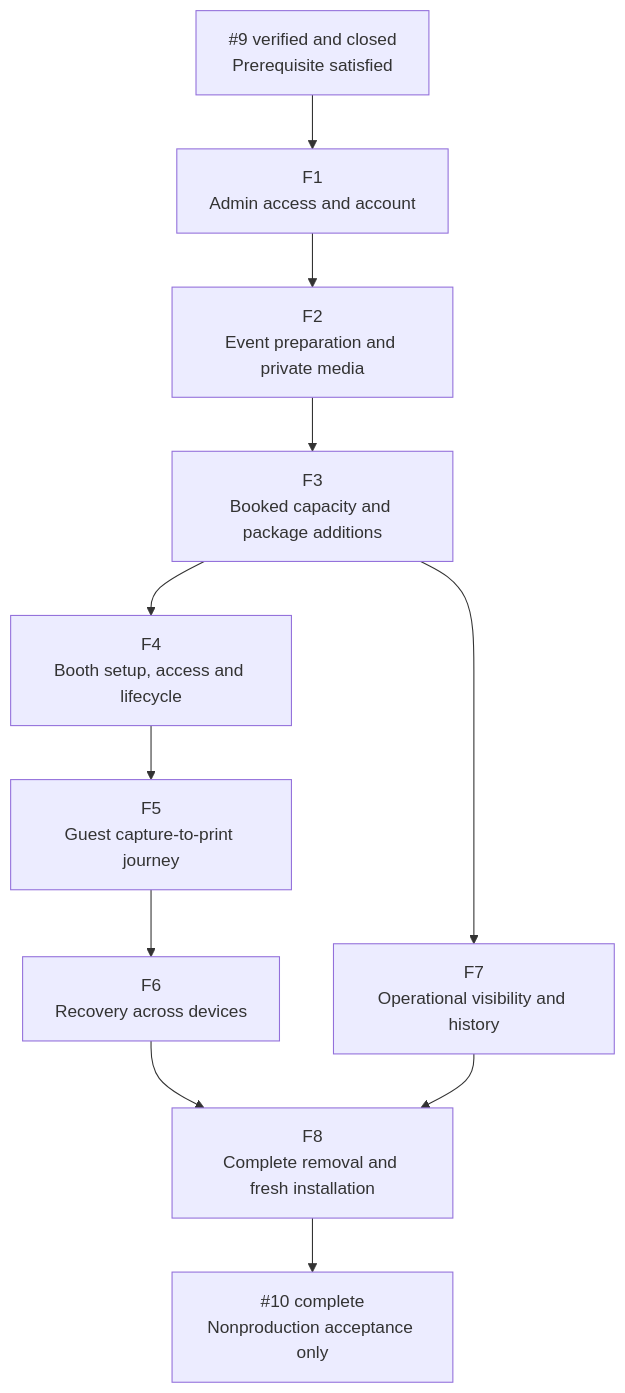
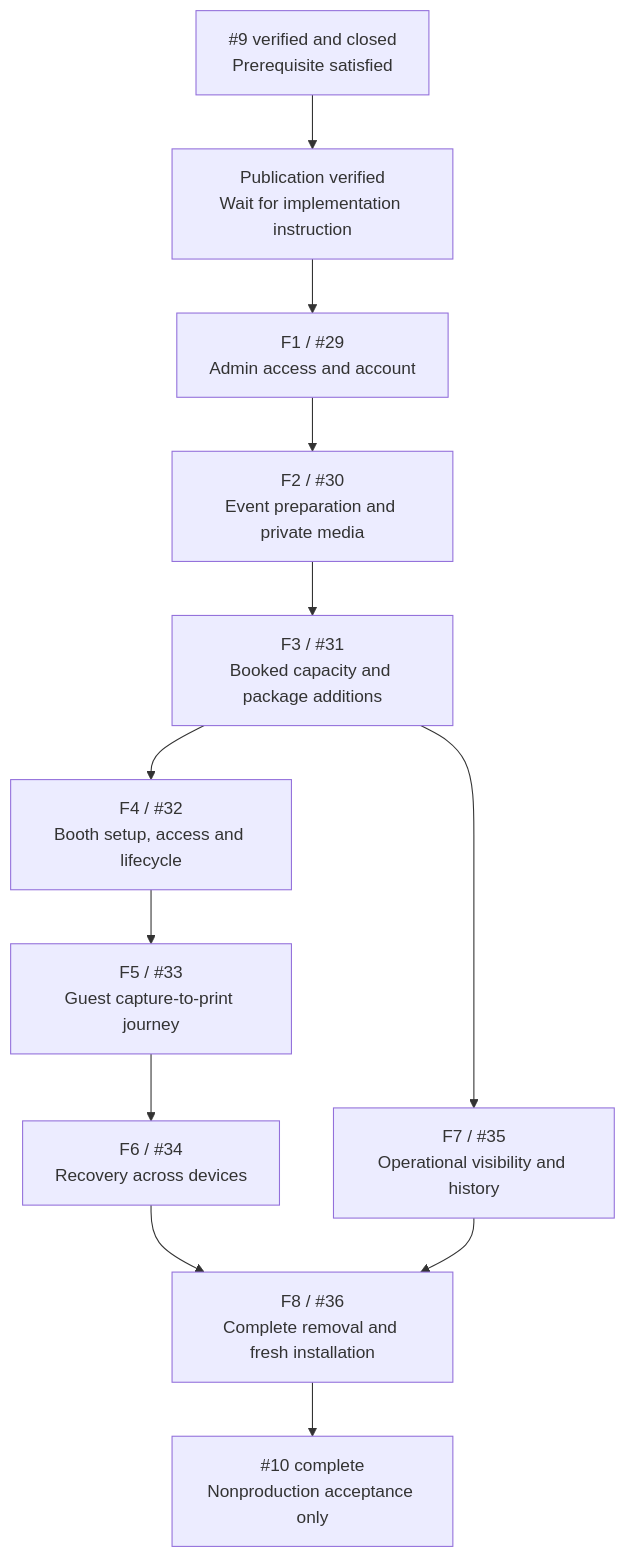
Before and after one commit to noelorph/diy-instax-photobooth: the first of 10 diagrams in docs/diagrams/issue-10-functional-breakdown.md, drawn with Mermaid. The commit also changed other lines of this file and 26 other files, not shown here.

````diff
--- a/docs/diagrams/issue-10-functional-breakdown.md
+++ b/docs/diagrams/issue-10-functional-breakdown.md
@@ -11,13 +11,14 @@
 ```mermaid
 flowchart TD
-  GATE["#9 verified and closed<br/>Prerequisite satisfied"] --> F1["F1<br/>Admin access and account"]
-  F1 --> F2["F2<br/>Event preparation and private media"]
-  F2 --> F3["F3<br/>Booked capacity and package additions"]
-  F3 --> F4["F4<br/>Booth setup, access and lifecycle"]
-  F4 --> F5["F5<br/>Guest capture-to-print journey"]
-  F5 --> F6["F6<br/>Recovery across devices"]
-  F3 --> F7["F7<br/>Operational visibility and history"]
-  F6 --> F8["F8<br/>Complete removal and fresh installation"]
+  GATE["#9 verified and closed<br/>Prerequisite satisfied"] --> HOLD["Publication verified<br/>Wait for implementation instruction"]
+  HOLD --> F1["F1 / #29<br/>Admin access and account"]
+  F1 --> F2["F2 / #30<br/>Event preparation and private media"]
+  F2 --> F3["F3 / #31<br/>Booked capacity and package additions"]
+  F3 --> F4["F4 / #32<br/>Booth setup, access and lifecycle"]
+  F4 --> F5["F5 / #33<br/>Guest capture-to-print journey"]
+  F5 --> F6["F6 / #34<br/>Recovery across devices"]
+  F3 --> F7["F7 / #35<br/>Operational visibility and history"]
+  F6 --> F8["F8 / #36<br/>Complete removal and fresh installation"]
   F7 --> F8
   F8 --> DONE["#10 complete<br/>Nonproduction acceptance only"]
 ```
````
